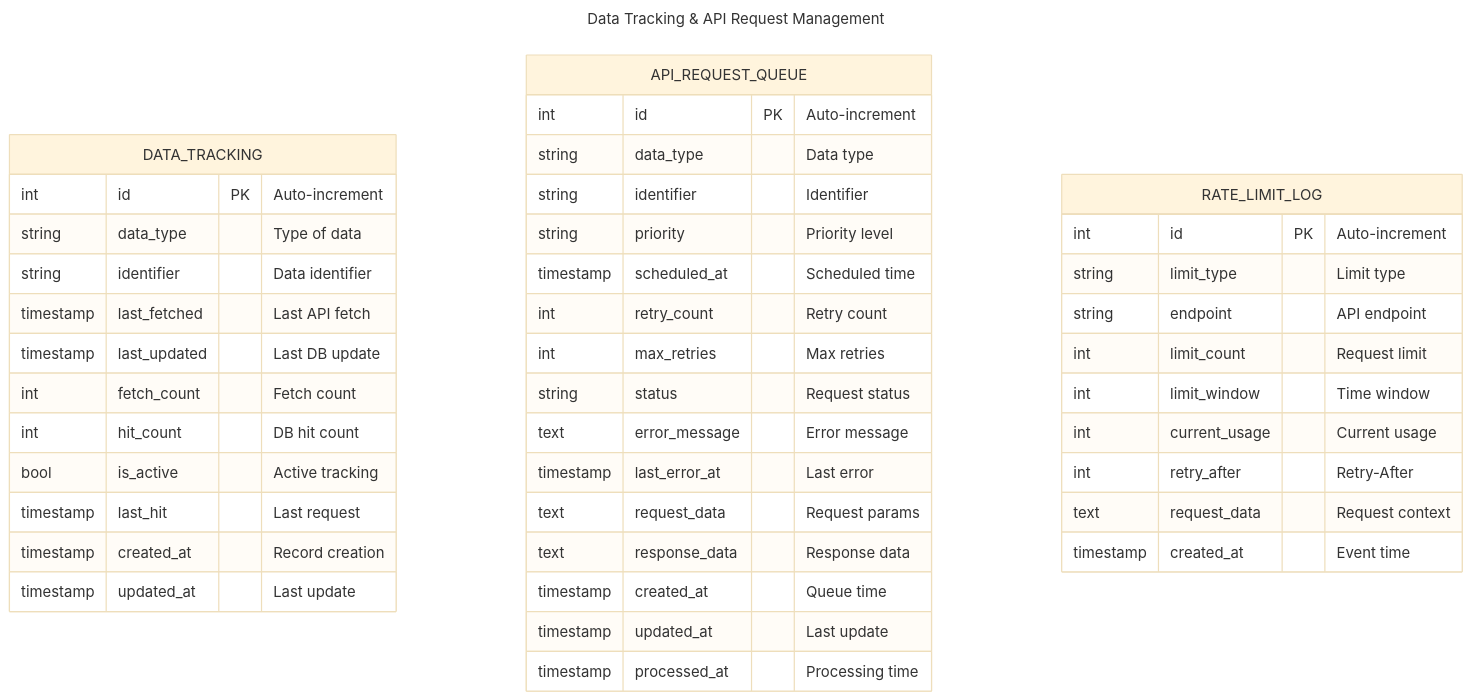
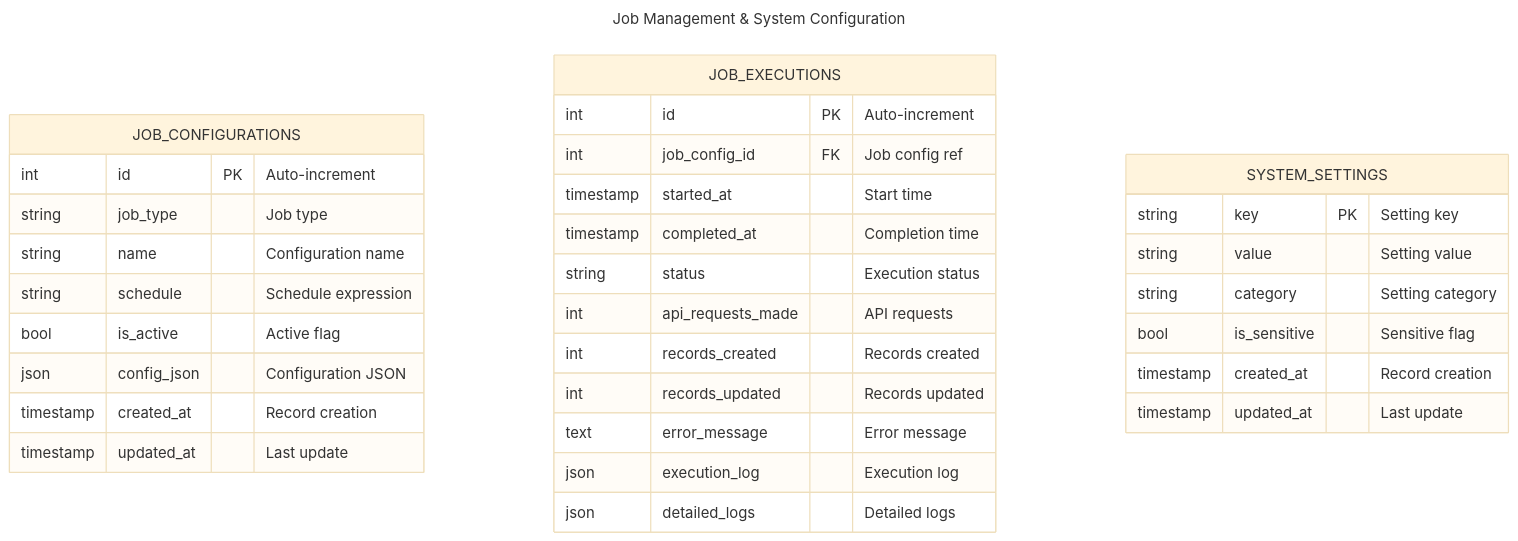
The second of 2 diagrams in docs/database-schema.md (SlanyCukr/riot-api-project), drawn with Mermaid (base theme) before and after one commit. The commit also changed other lines of this file and 14 other files, not shown here.

````diff
--- a/docs/database-schema.md
+++ b/docs/database-schema.md
@@ -138,49 +170,39 @@
 ```mermaid
 ---
-title: Data Tracking & API Request Management
+title: Job Management & System Configuration
 ---
 erDiagram
-    DATA_TRACKING {
+    JOB_CONFIGURATIONS {
         int id PK "Auto-increment"
-        string data_type "Type of data"
-        string identifier "Data identifier"
-        timestamp last_fetched "Last API fetch"
-        timestamp last_updated "Last DB update"
-        int fetch_count "Fetch count"
-        int hit_count "DB hit count"
-        bool is_active "Active tracking"
-        timestamp last_hit "Last request"
+        string job_type "Job type"
+        string name "Configuration name"
+        string schedule "Schedule expression"
+        bool is_active "Active flag"
+        json config_json "Configuration JSON"
         timestamp created_at "Record creation"
         timestamp updated_at "Last update"
     }
 
-    API_REQUEST_QUEUE {
+    JOB_EXECUTIONS {
         int id PK "Auto-increment"
-        string data_type "Data type"
-        string identifier "Identifier"
-        string priority "Priority level"
-        timestamp scheduled_at "Scheduled time"
-        int retry_count "Retry count"
-        int max_retries "Max retries"
-        string status "Request status"
+        int job_config_id FK "Job config ref"
+        timestamp started_at "Start time"
+        timestamp completed_at "Completion time"
+        string status "Execution status"
+        int api_requests_made "API requests"
+        int records_created "Records created"
+        int records_updated "Records updated"
         text error_message "Error message"
-        timestamp last_error_at "Last error"
-        text request_data "Request params"
-        text response_data "Response data"
-        timestamp created_at "Queue time"
-        timestamp updated_at "Last update"
-        timestamp processed_at "Processing time"
+        json execution_log "Execution log"
+        json detailed_logs "Detailed logs"
     }
 
-    RATE_LIMIT_LOG {
-        int id PK "Auto-increment"
-        string limit_type "Limit type"
-        string endpoint "API endpoint"
-        int limit_count "Request limit"
-        int limit_window "Time window"
-        int current_usage "Current usage"
-        int retry_after "Retry-After"
-        text request_data "Request context"
-        timestamp created_at "Event time"
+    SYSTEM_SETTINGS {
+        string key PK "Setting key"
+        string value "Setting value"
+        string category "Setting category"
+        bool is_sensitive "Sensitive flag"
+        timestamp created_at "Record creation"
+        timestamp updated_at "Last update"
     }
 ```
````
